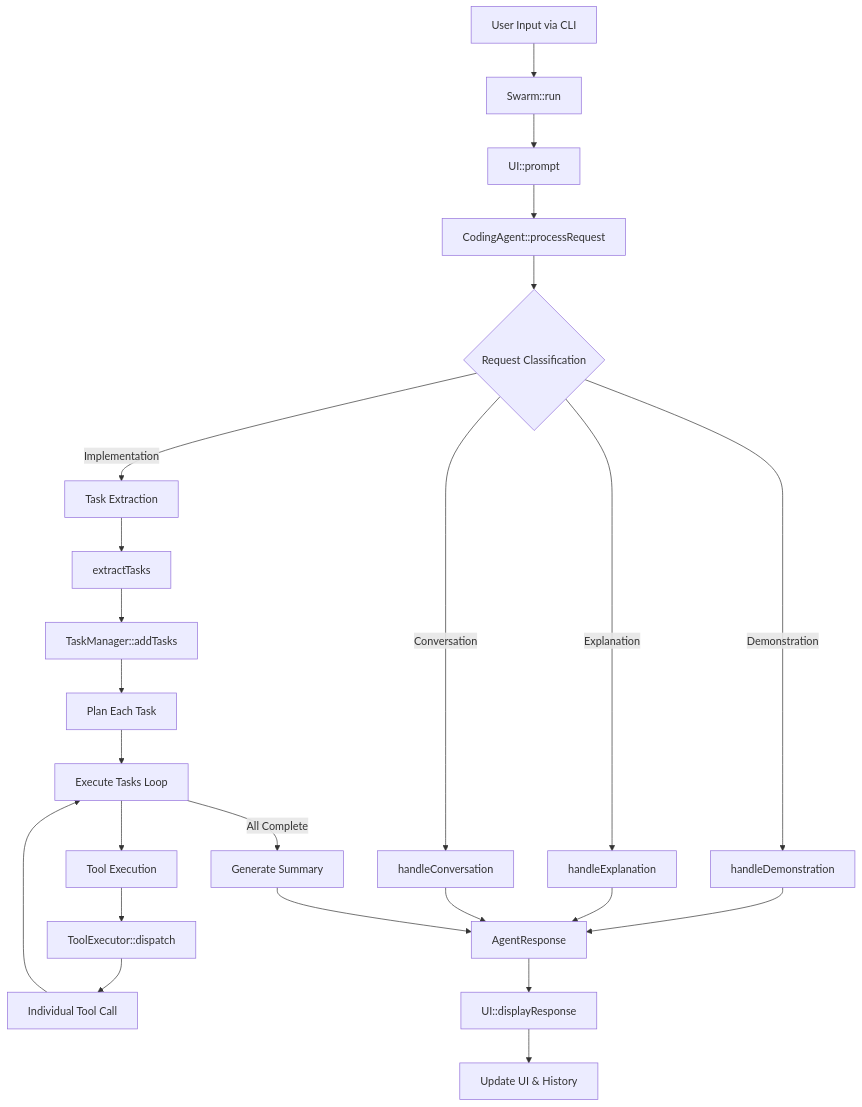
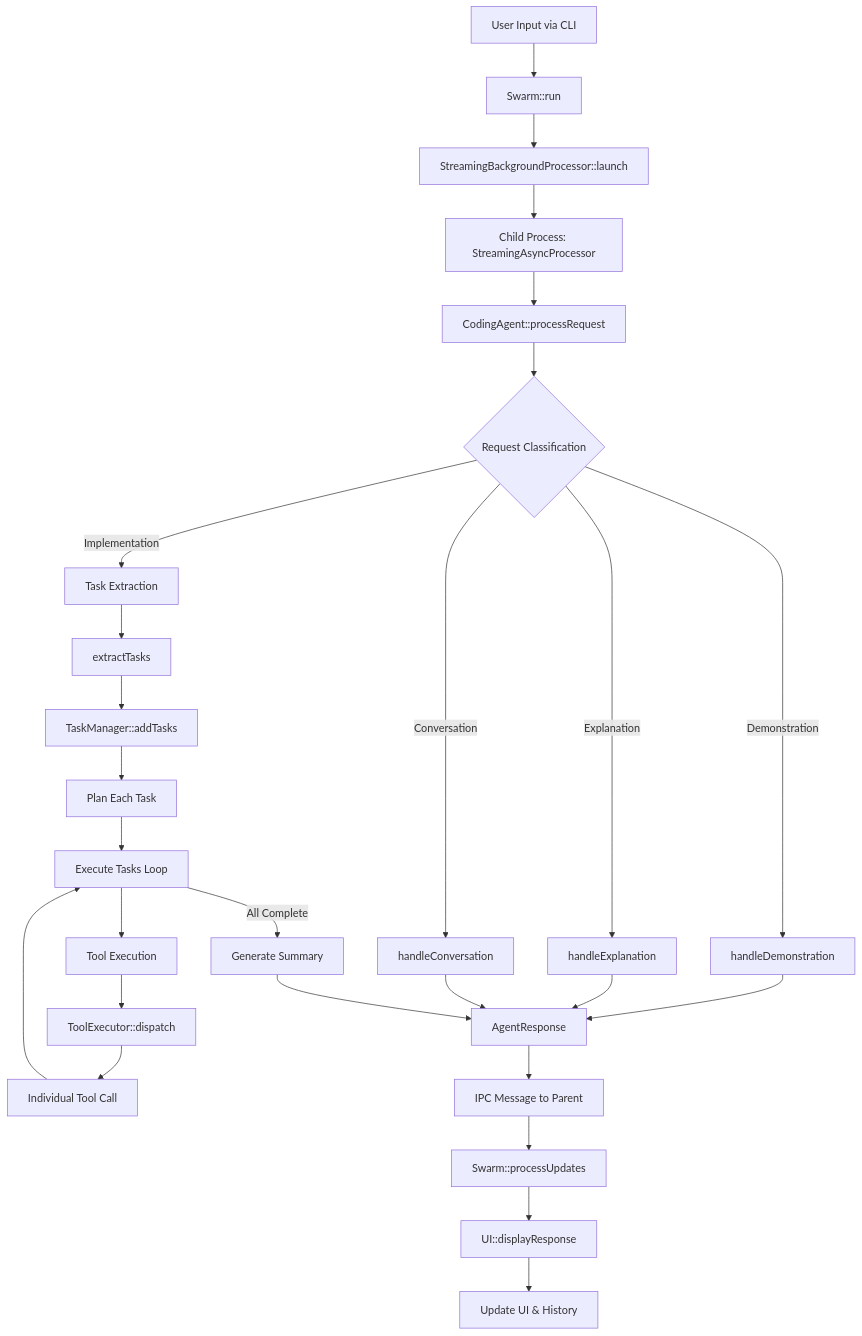
One commit to HelgeSverre/swarm changed the first of 8 diagrams in docs/overview.md. Above: the diagram before and after it, drawn with Mermaid. The commit also changed other lines of this file and 5 other files, not shown here.

````diff
--- a/docs/overview.md
+++ b/docs/overview.md
@@ -21,30 +21,33 @@
 ```mermaid
 flowchart TD
     A[User Input via CLI] --> B[Swarm::run]
-    B --> C[UI::prompt]
-    C --> D[CodingAgent::processRequest]
+    B --> C[StreamingBackgroundProcessor::launch]
+    C --> D[Child Process: StreamingAsyncProcessor]
+    D --> E[CodingAgent::processRequest]
     
-    D --> E{Request Classification}
-    E -->|Demonstration| F[handleDemonstration]
-    E -->|Explanation| G[handleExplanation]
-    E -->|Conversation| H[handleConversation]
-    E -->|Implementation| I[Task Extraction]
+    E --> F{Request Classification}
+    F -->|Demonstration| G[handleDemonstration]
+    F -->|Explanation| H[handleExplanation]
+    F -->|Conversation| I[handleConversation]
+    F -->|Implementation| J[Task Extraction]
     
-    F --> Z[AgentResponse]
-    G --> Z
-    H --> Z
+    G --> AA[AgentResponse]
+    H --> AA
+    I --> AA
     
-    I --> J[extractTasks]
-    J --> K[TaskManager::addTasks]
-    K --> L[Plan Each Task]
-    L --> M[Execute Tasks Loop]
-    M --> N[Tool Execution]
-    N --> O[ToolExecutor::dispatch]
-    O --> P[Individual Tool Call]
-    P --> M
-    M -->|All Complete| Q[Generate Summary]
-    Q --> Z
+    J --> K[extractTasks]
+    K --> L[TaskManager::addTasks]
+    L --> M[Plan Each Task]
+    M --> N[Execute Tasks Loop]
+    N --> O[Tool Execution]
+    O --> P[ToolExecutor::dispatch]
+    P --> Q[Individual Tool Call]
+    Q --> N
+    N -->|All Complete| R[Generate Summary]
+    R --> AA
     
-    Z --> R[UI::displayResponse]
-    R --> S[Update UI & History]
+    AA --> S[IPC Message to Parent]
+    S --> T[Swarm::processUpdates]
+    T --> U[UI::displayResponse]
+    U --> V[Update UI & History]
 ```
````
